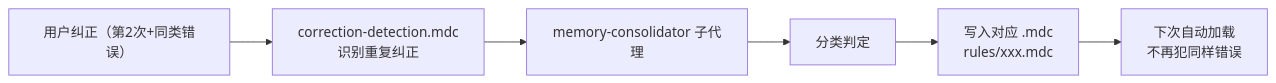
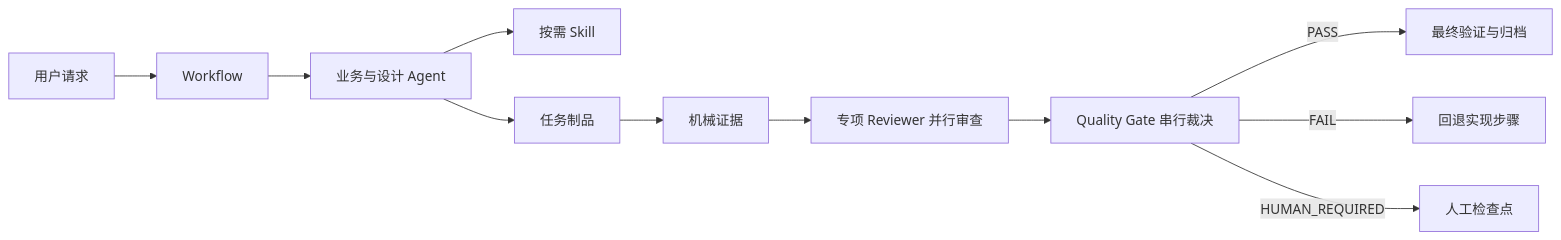
The diagram in README.md (aiLi0617/harness-v2), drawn with Mermaid before and after one commit. The commit also changed other lines of this file and 213 other files, not shown here.

Commit message:
refactor: 重构 Agent Skill Rule 与 Workflow 体系

````diff
--- a/README.md
+++ b/README.md
@@ -397,8 +41,13 @@
 ```mermaid
 flowchart LR
-    U["用户纠正（第2次+同类错误）"] --> CD["correction-detection.mdc\n识别重复纠正"]
-    CD --> MC["memory-consolidator 子代理"]
-    MC --> CL["分类判定"]
-    CL --> W["写入对应 .mdc\nrules/xxx.mdc"]
-    W --> N["下次自动加载\n不再犯同样错误"]
+    U["用户请求"] --> W["Workflow"]
+    W --> A["业务与设计 Agent"]
+    A --> S["按需 Skill"]
+    A --> ART["任务制品"]
+    ART --> E["机械证据"]
+    E --> R["专项 Reviewer 并行审查"]
+    R --> G["Quality Gate 串行裁决"]
+    G -->|PASS| V["最终验证与归档"]
+    G -->|FAIL| F["回退实现步骤"]
+    G -->|HUMAN_REQUIRED| H["人工检查点"]
 ```
````
